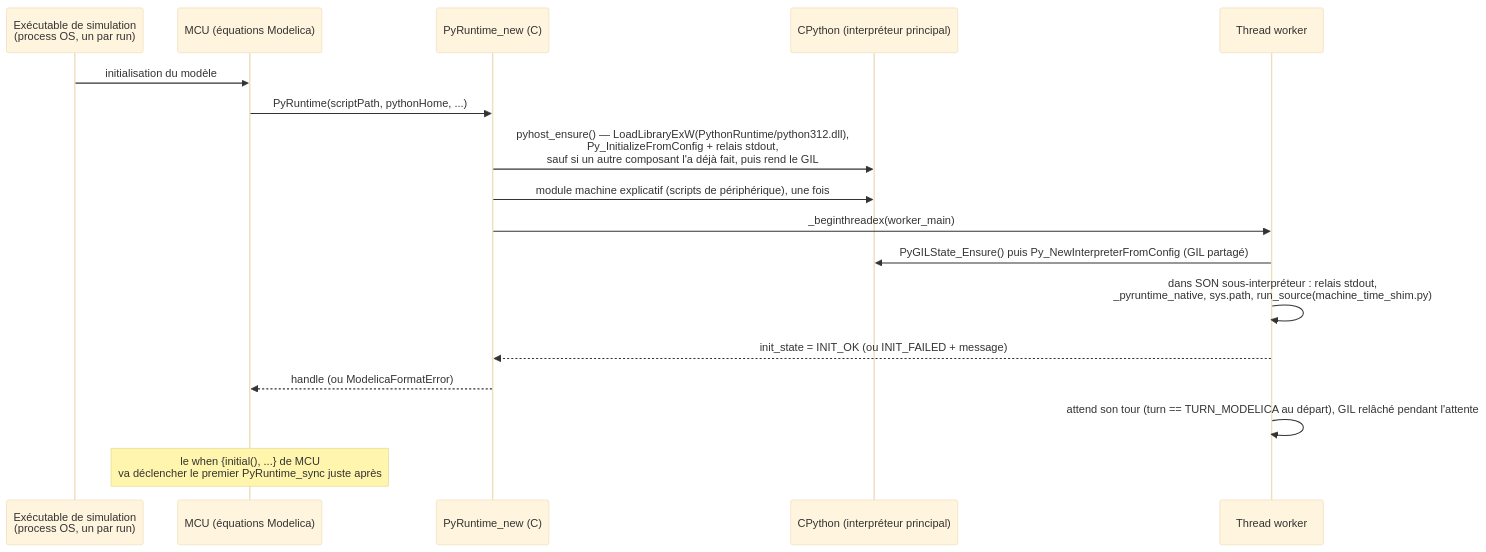
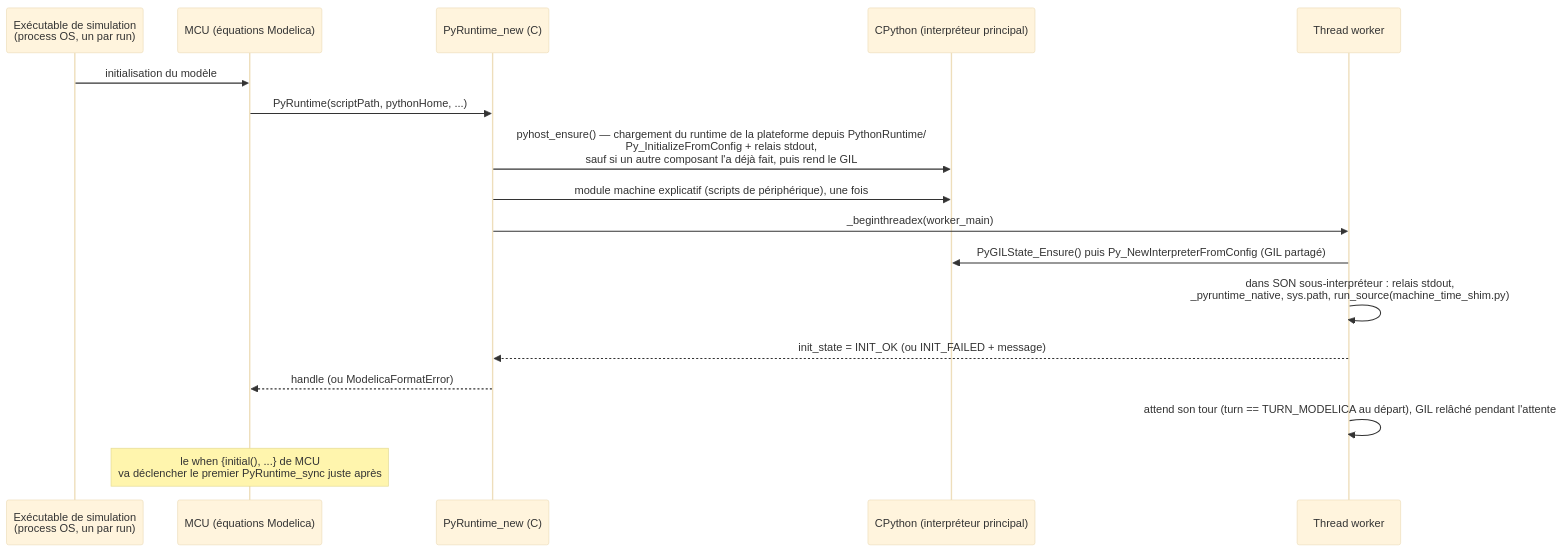
One commit to bdelaup/modelica_micropython changed the first of 6 diagrams in docs/fr/interne/cycle-de-vie.md. Above: the diagram before and after it, drawn with Mermaid (base theme). The commit also changed 1857 other files, not shown here.

````diff
--- a/docs/fr/interne/cycle-de-vie.md
+++ b/docs/fr/interne/cycle-de-vie.md
@@ -12,20 +12,20 @@
 ```mermaid
 sequenceDiagram
     participant Sim as Exécutable de simulation<br/>(process OS, un par run)
     participant MCU as MCU (équations Modelica)
     participant Ctor as PyRuntime_new (C)
     participant CPy as CPython (interpréteur principal)
     participant Worker as Thread worker
 
     Sim->>MCU: initialisation du modèle
     MCU->>Ctor: PyRuntime(scriptPath, pythonHome, ...)
-    Ctor->>CPy: pyhost_ensure() — LoadLibraryExW(PythonRuntime/python312.dll),<br/>Py_InitializeFromConfig + relais stdout,<br/>sauf si un autre composant l'a déjà fait, puis rend le GIL
+    Ctor->>CPy: pyhost_ensure() — chargement du runtime de la plateforme depuis PythonRuntime/<br/>Py_InitializeFromConfig + relais stdout,<br/>sauf si un autre composant l'a déjà fait, puis rend le GIL
     Ctor->>CPy: module machine explicatif (scripts de périphérique), une fois
     Ctor->>Worker: _beginthreadex(worker_main)
     Worker->>CPy: PyGILState_Ensure() puis Py_NewInterpreterFromConfig (GIL partagé)
     Worker->>Worker: dans SON sous-interpréteur : relais stdout,<br/>_pyruntime_native, sys.path, run_source(machine_time_shim.py)
     Worker-->>Ctor: init_state = INIT_OK (ou INIT_FAILED + message)
     Ctor-->>MCU: handle (ou ModelicaFormatError)
     Worker->>Worker: attend son tour (turn == TURN_MODELICA au départ), GIL relâché pendant l'attente
     Note over MCU: le when {initial(), ...} de MCU<br/>va déclencher le premier PyRuntime_sync juste après
 ```
````
